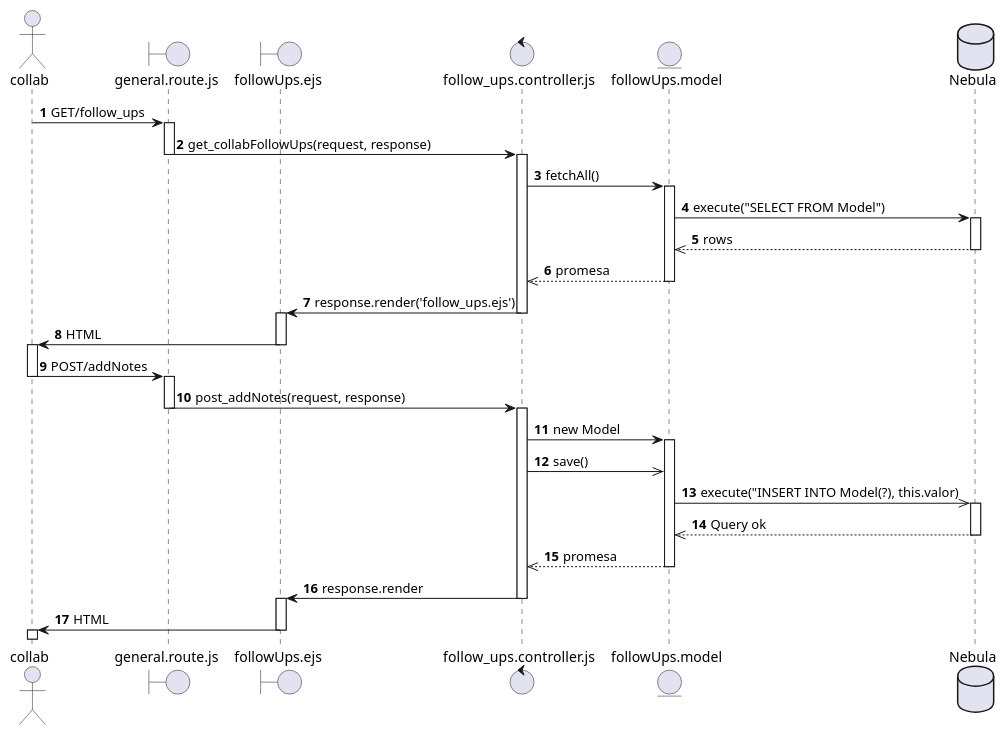
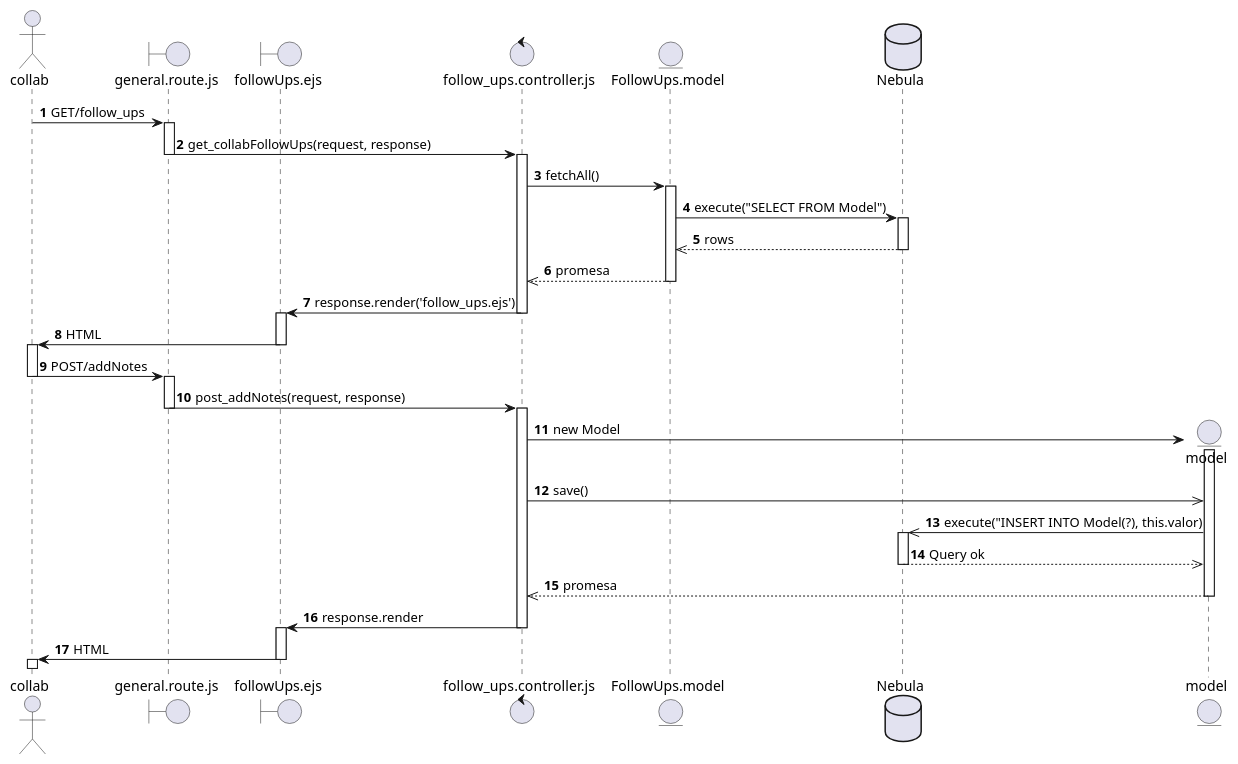
The diagram in diagramas_secuencia/collab_consults_follow-ups.puml (SALV19/Nebula_tc2005b), drawn with PlantUML before and after one commit.

Commit message:
[UPDATE] REQ-12 Sequence Diagram

```diff
--- a/diagramas_secuencia/collab_consults_follow-ups.puml
+++ b/diagramas_secuencia/collab_consults_follow-ups.puml
@@ -1,68 +1,70 @@
 @startuml REQ-12
 autonumber
 actor collab
 boundary general.route.js as followUpsRoutes
 boundary followUps.ejs as followUpsViews
 control follow_ups.controller.js as followUpsController
-entity followUps.model as followUpsModel
+entity FollowUps.model as followUpsModel
+
 database Nebula as nebula
 
 collab -> followUpsRoutes : GET/follow_ups
 activate followUpsRoutes
 
 followUpsRoutes -> followUpsController: get_collabFollowUps(request, response)
 deactivate followUpsRoutes
 activate followUpsController
 
 followUpsController -> followUpsModel: fetchAll()
 activate followUpsModel
 
 followUpsModel -> nebula: execute("SELECT FROM Model")
 activate nebula
 
 nebula -->> followUpsModel: rows
 deactivate nebula
 
 followUpsModel -->> followUpsController: promesa
 deactivate followUpsModel
 
 followUpsController -> followUpsViews: response.render('follow_ups.ejs')
 deactivate followUpsController
 activate followUpsViews
 
 followUpsViews -> collab: HTML
 deactivate followUpsViews
 activate collab
 
 collab -> followUpsRoutes: POST/addNotes
 deactivate collab
 activate followUpsRoutes
 
 followUpsRoutes -> followUpsController: post_addNotes(request, response)
 deactivate followUpsRoutes
 activate followUpsController
 
-followUpsController -> followUpsModel: new Model
-activate followUpsModel
+create entity model
+followUpsController -> model: new Model
+activate model
 
-followUpsController ->> followUpsModel: save()
+followUpsController ->> model: save()
 
-followUpsModel ->> nebula: execute("INSERT INTO Model(?), this.valor)
+model ->> nebula: execute("INSERT INTO Model(?), this.valor)
 activate nebula
 
-nebula -->> followUpsModel: Query ok
+nebula -->> model: Query ok
 deactivate nebula
 
-followUpsModel -->> followUpsController: promesa
-deactivate followUpsModel
+model -->> followUpsController: promesa
+deactivate model
 
 followUpsController -> followUpsViews: response.render
 deactivate followUpsController
 activate followUpsViews
 
 followUpsViews -> collab: HTML
 deactivate followUpsViews
 activate collab
 deactivate collab
 
 @enduml
```
